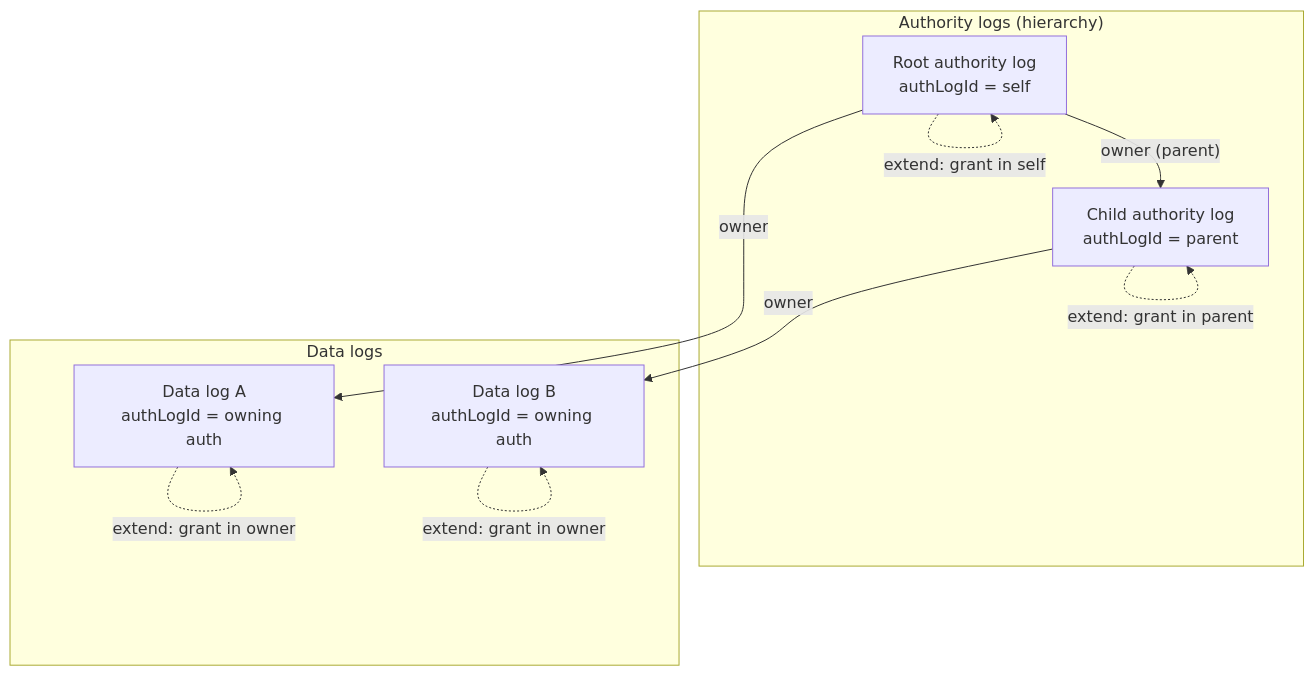
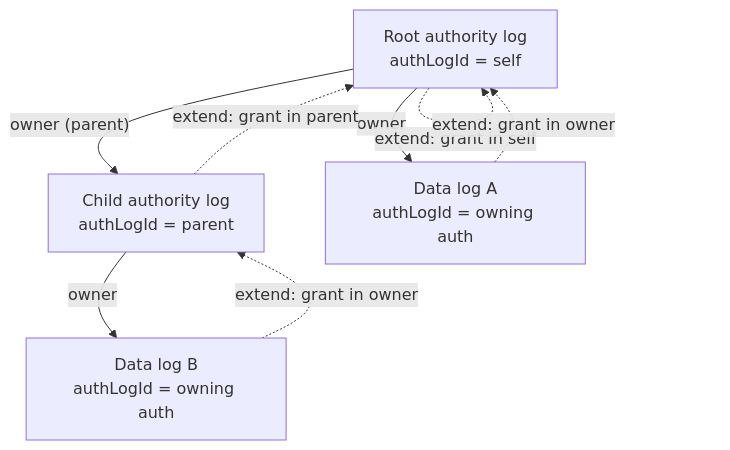
One commit to forestrie/univocity changed the first of 4 diagrams in docs/arc/arc-0017-auth-overview.md. Above: the diagram before and after it, drawn with Mermaid. The commit also changed other lines of this file, not shown here.

Commit message:
docs: fixup auth heirarchy sumary diagram

````diff
--- a/docs/arc/arc-0017-auth-overview.md
+++ b/docs/arc/arc-0017-auth-overview.md
@@ -29,21 +29,16 @@
 ```mermaid
 flowchart TB
-  subgraph auth["Authority logs (hierarchy)"]
-    ROOT["Root authority log\nauthLogId = self"]
-    CHILD["Child authority log\nauthLogId = parent"]
-  end
-
-  subgraph data["Data logs"]
-    D1["Data log A\nauthLogId = owning auth"]
-    D2["Data log B\nauthLogId = owning auth"]
-  end
+  ROOT["Root authority log\nauthLogId = self"]
+  CHILD["Child authority log\nauthLogId = parent"]
+  D1["Data log A\nauthLogId = owning auth"]
+  D2["Data log B\nauthLogId = owning auth"]
 
   ROOT -->|"owner (parent)"| CHILD
   ROOT -->|"owner"| D1
   CHILD -->|"owner"| D2
 
-  ROOT -.->|"extend: grant in self"| ROOT
-  CHILD -.->|"extend: grant in parent"| CHILD
-  D1 -.->|"extend: grant in owner"| D1
-  D2 -.->|"extend: grant in owner"| D2
+  ROOT -.->|extend: grant in self| ROOT
+  CHILD -.->|extend: grant in parent| ROOT
+  D1 -.->|extend: grant in owner| ROOT
+  D2 -.->|extend: grant in owner| CHILD
 ```
````
